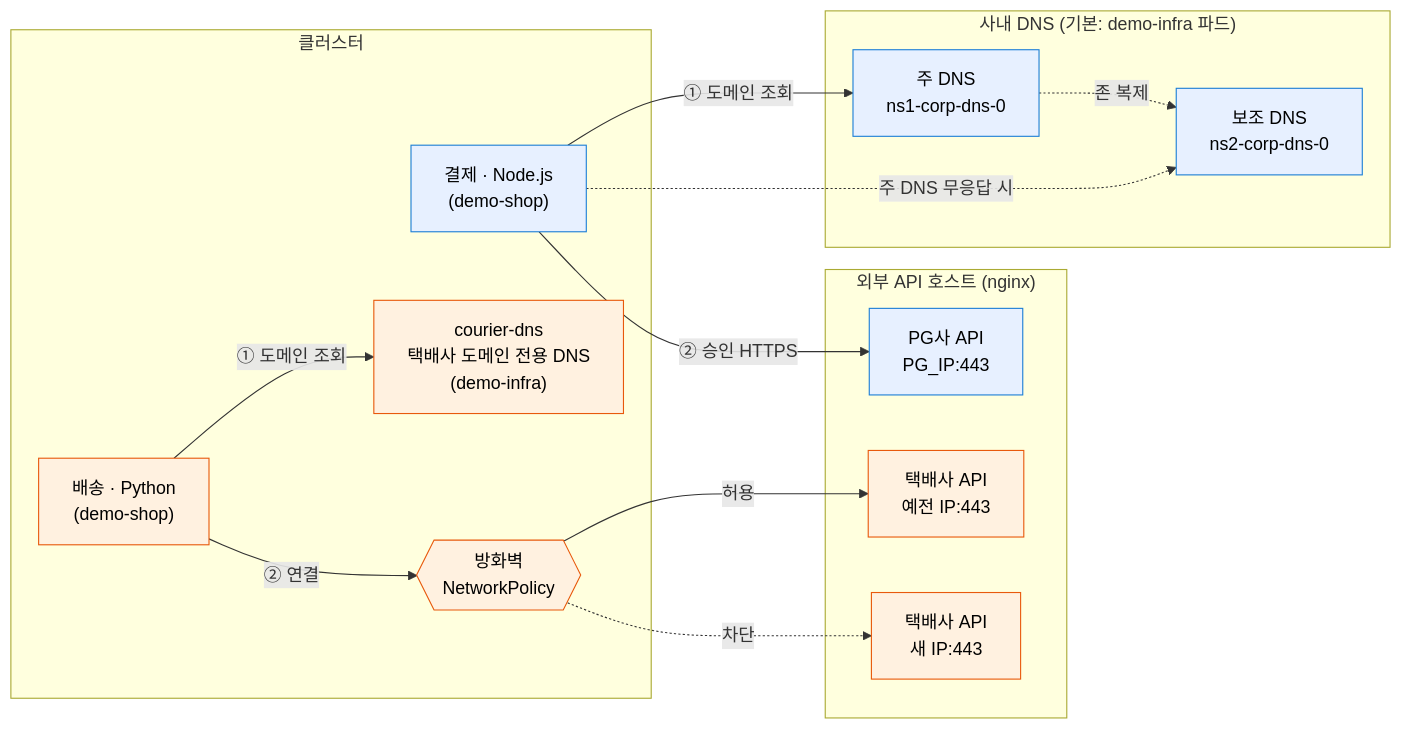
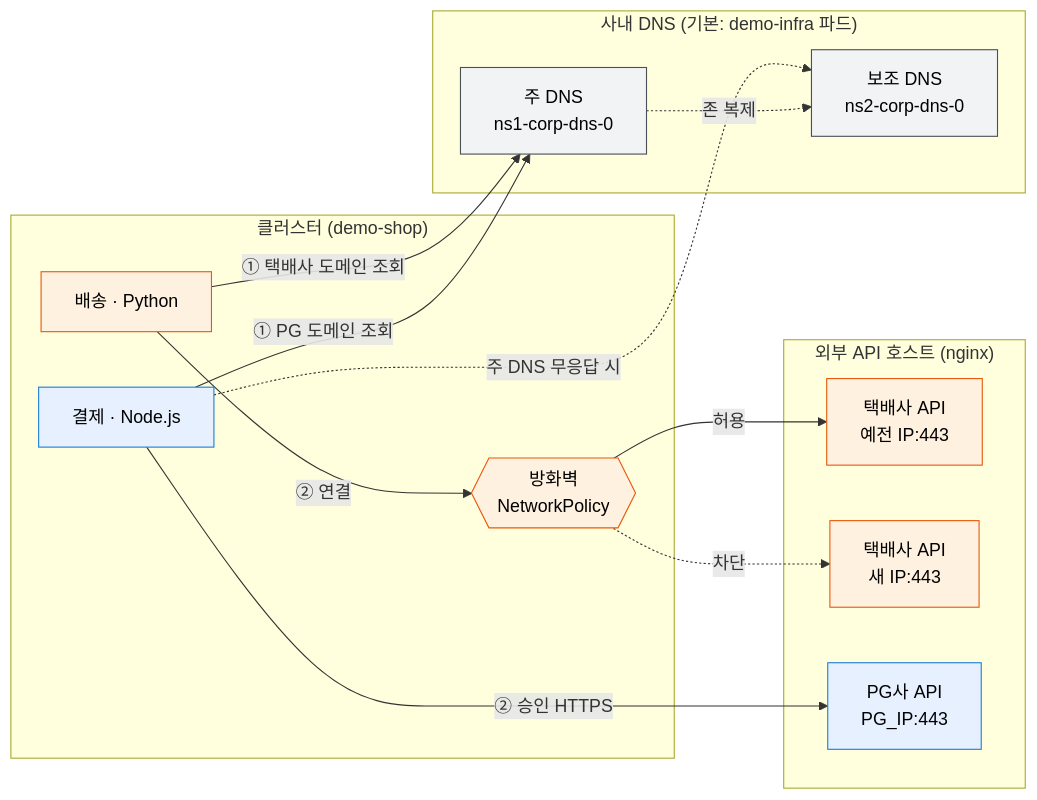
The second of 3 diagrams in README.md (beomzh/demo-ebpf-shop), drawn with Mermaid before and after one commit. The commit also changed other lines of this file and 13 other files, not shown here.

First line of the commit message:
Resolve courier domain via corporate DNS; remove courier-dns

````diff
--- a/README.md
+++ b/README.md
@@ -93,35 +94,36 @@
 ```mermaid
 flowchart LR
-  subgraph K["클러스터"]
-    DLV["배송 · Python<br/>(demo-shop)"]
-    PAY["결제 · Node.js<br/>(demo-shop)"]
-    CDNS["courier-dns<br/>택배사 도메인 전용 DNS<br/>(demo-infra)"]
+  subgraph K["클러스터 (demo-shop)"]
+    DLV["배송 · Python"]
+    PAY["결제 · Node.js"]
     FW{{"방화벽<br/>NetworkPolicy"}}
+  end
+
+  subgraph C["사내 DNS (기본: demo-infra 파드)"]
+    D1["주 DNS<br/>ns1-corp-dns-0"]
+    D2["보조 DNS<br/>ns2-corp-dns-0"]
   end
 
   subgraph N["외부 API 호스트 (nginx)"]
     COLD["택배사 API<br/>예전 IP:443"]
     CNEW["택배사 API<br/>새 IP:443"]
     PGAPI["PG사 API<br/>PG_IP:443"]
   end
 
-  subgraph C["사내 DNS (기본: demo-infra 파드)"]
-    D1["주 DNS<br/>ns1-corp-dns-0"]
-    D2["보조 DNS<br/>ns2-corp-dns-0"]
-  end
+  DLV -->|"① 택배사 도메인 조회"| D1
+  PAY -->|"① PG 도메인 조회"| D1
+  PAY -.->|"주 DNS 무응답 시"| D2
+  D1 -.->|"존 복제"| D2
 
-  DLV -->|"① 도메인 조회"| CDNS
   DLV -->|"② 연결"| FW
   FW -->|"허용"| COLD
   FW -.->|"차단"| CNEW
-
-  PAY -->|"① 도메인 조회"| D1
-  PAY -.->|"주 DNS 무응답 시"| D2
-  D1 -.->|"존 복제"| D2
   PAY -->|"② 승인 HTTPS"| PGAPI
 
   classDef courier fill:#fff1e0,stroke:#e8590c,color:#000
   classDef pg fill:#e7f0ff,stroke:#1c7ed6,color:#000
-  class DLV,CDNS,FW,COLD,CNEW courier
-  class PAY,D1,D2,PGAPI pg
+  classDef dns fill:#f1f3f5,stroke:#495057,color:#000
+  class DLV,FW,COLD,CNEW courier
+  class PAY,PGAPI pg
+  class D1,D2 dns
 ```
````
